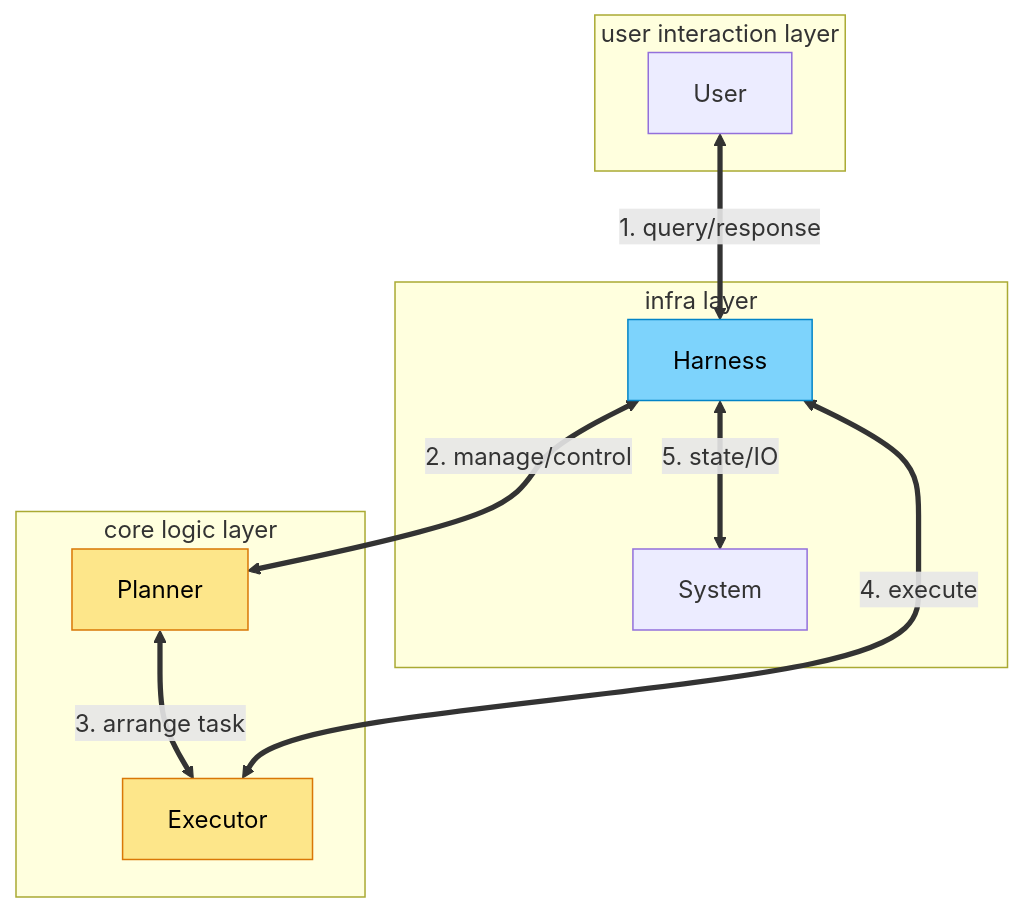
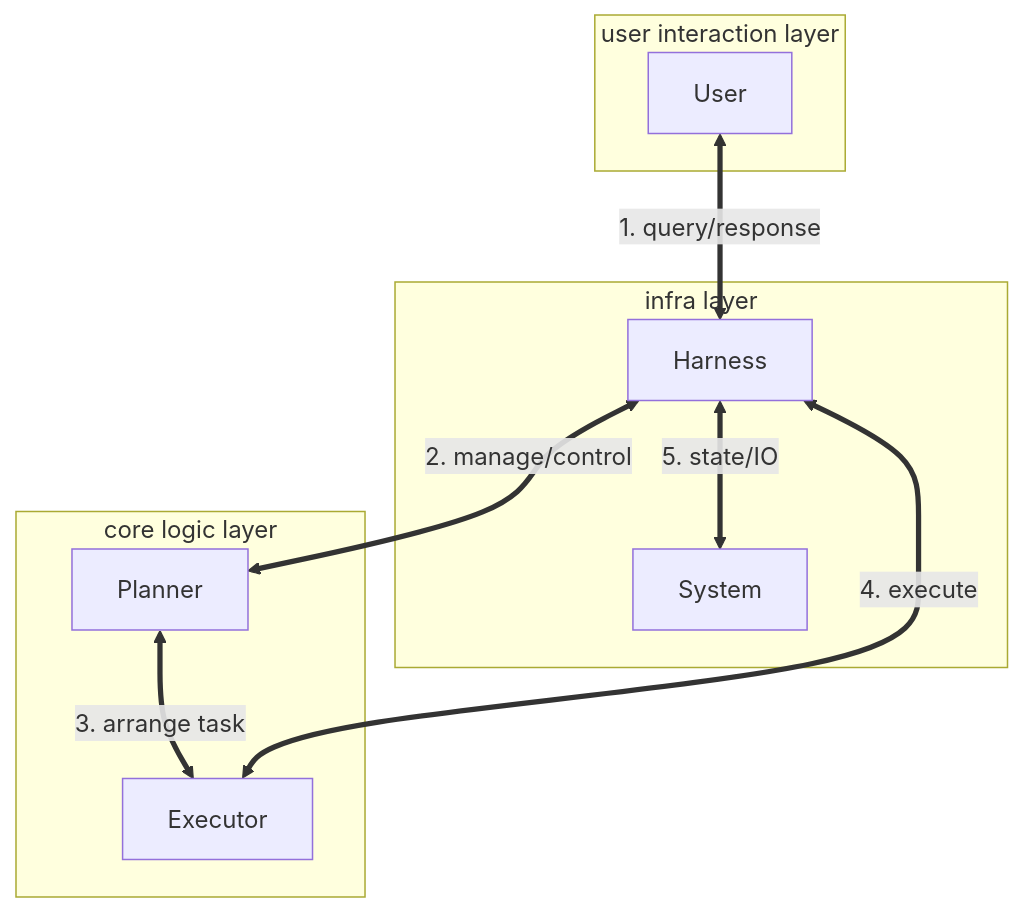
One commit to syy-uuu/token-free-agent-anatomy changed the second of 2 diagrams in README.md. Above: the diagram before and after it, drawn with Mermaid.

````diff
--- a/README.md
+++ b/README.md
@@ -22,31 +22,24 @@
 ```mermaid
 flowchart TD
     %% 系统层级
     subgraph UI_User [user interaction layer]
         User
     end
     
     subgraph Core_Agent [core logic layer]
         Planner
         Executor
     end
     
     subgraph Harness_System [infra layer]
         Harness
         System
     end
 
     %% chain
     User <==>|1. query/response| Harness
     Harness <==>|2. manage/control| Planner
     Planner <==>|3. arrange task| Executor
     Executor <==>|4. execute| Harness
     Harness <==>|5. state/IO| System
-
-    %% color
-    classDef harness fill:#7DD3FC,stroke:#0284C7,color:#000;
-    classDef core fill:#FDE68A,stroke:#D97706,color:#000;
-
-    class Harness harness;
-    class Planner,Executor core;
 ```
````
